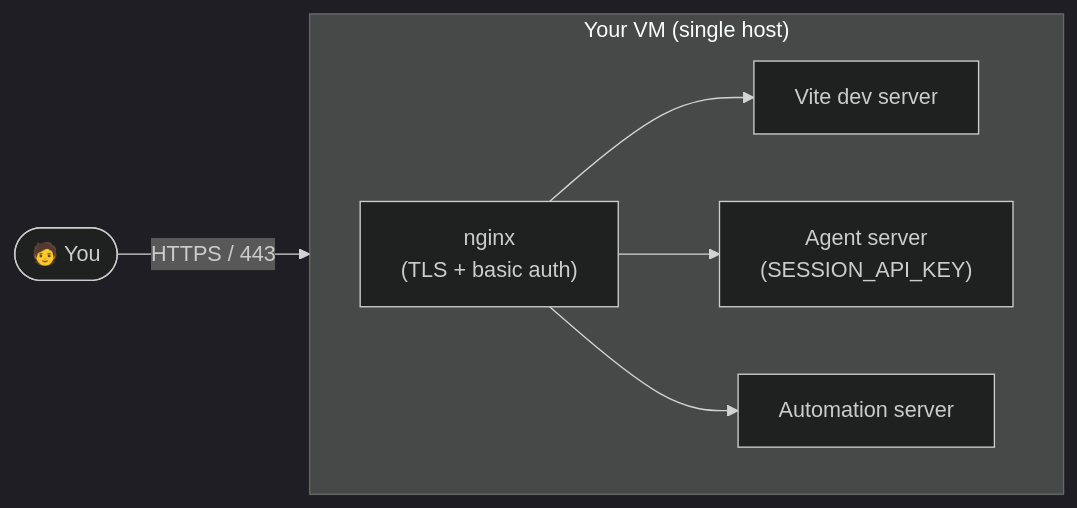
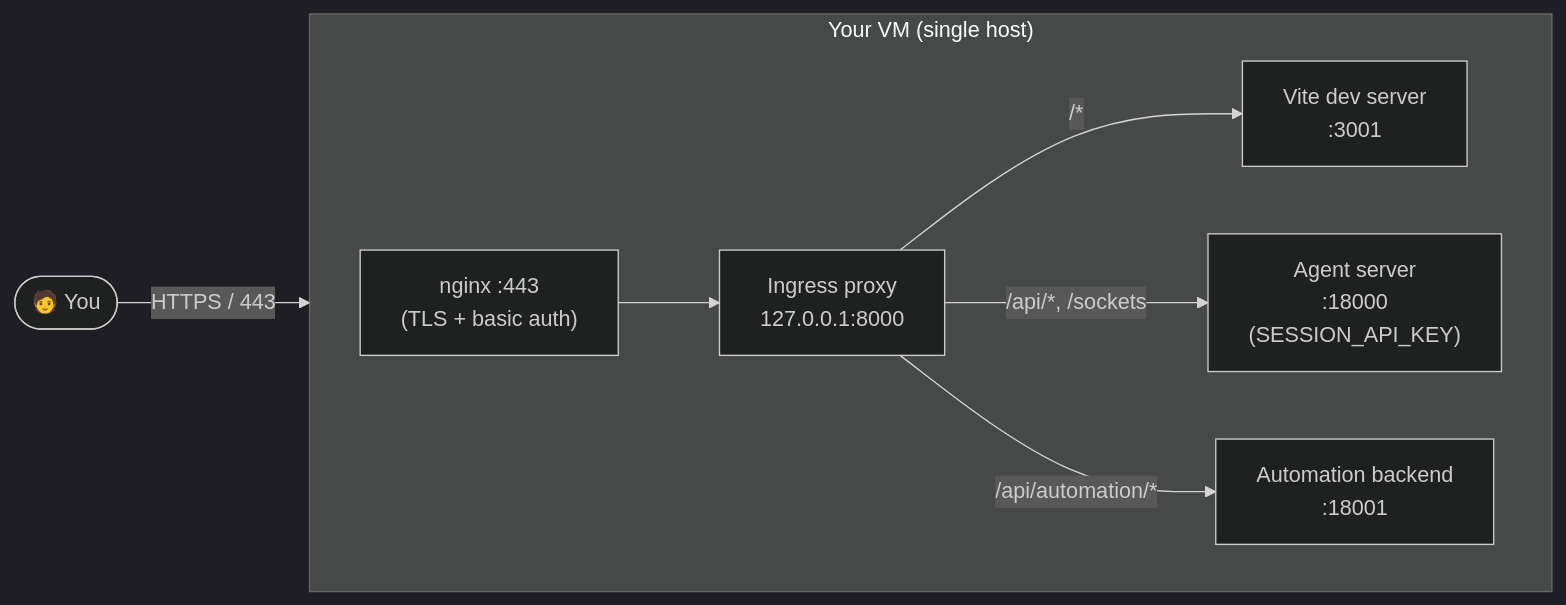
The diagram in SELF_HOSTING.md (OpenHands/agent-canvas), drawn with Mermaid (dark theme) before and after one commit. The commit also changed other lines of this file, not shown here.

First line of the commit message:
Correct architecture diagram: nginx -> ingress proxy -> backends

````diff
--- a/SELF_HOSTING.md
+++ b/SELF_HOSTING.md
@@ -18,15 +18,17 @@
 ```mermaid
 flowchart LR
     user(["🧑 You"])
     subgraph vm["Your VM (single host)"]
         direction LR
-        nginx["nginx<br/>(TLS + basic auth)"]
-        vite["Vite dev server"]
-        agent["Agent server<br/>(SESSION_API_KEY)"]
-        automation["Automation server"]
-        nginx --> vite
-        nginx --> agent
-        nginx --> automation
+        nginx["nginx :443<br/>(TLS + basic auth)"]
+        ingress["Ingress proxy<br/>127.0.0.1:8000"]
+        vite["Vite dev server<br/>:3001"]
+        agent["Agent server<br/>:18000<br/>(SESSION_API_KEY)"]
+        automation["Automation backend<br/>:18001"]
+        nginx --> ingress
+        ingress -- "/*" --> vite
+        ingress -- "/api/*, /sockets" --> agent
+        ingress -- "/api/automation/*" --> automation
     end
     user -- "HTTPS / 443" --> nginx
 ```
````
